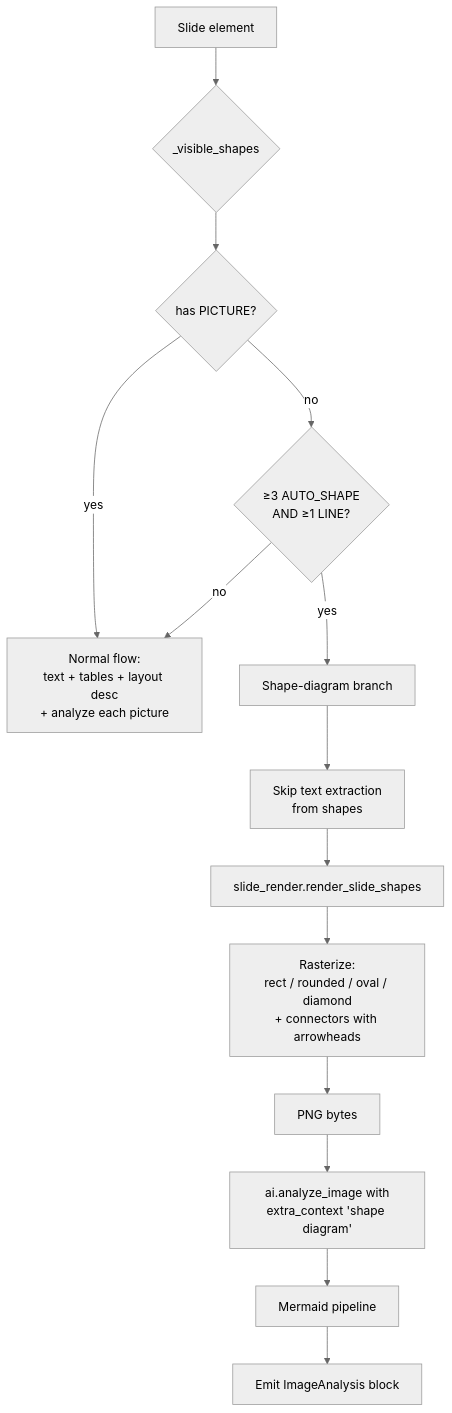
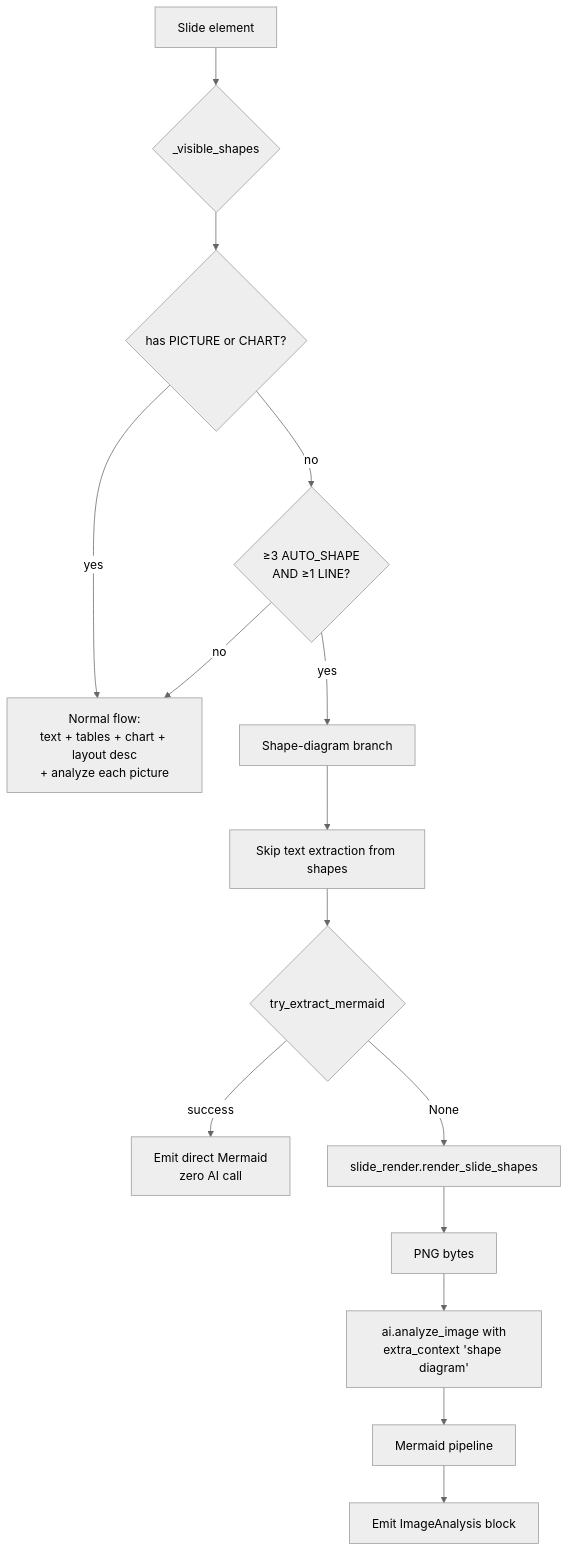
One commit to agunawijaya/AnyToMD changed the fifth of 8 diagrams in docs/ARCHITECTURE.md. Above: the diagram before and after it, drawn with Mermaid (neutral theme). The commit also changed other lines of this file and 3 other files, not shown here.

````diff
--- a/docs/ARCHITECTURE.md
+++ b/docs/ARCHITECTURE.md
@@ -194,16 +266,17 @@
 ```mermaid
 flowchart TD
     A[Slide element] --> B{_visible_shapes}
-    B --> C{has PICTURE?}
-    C -->|yes| D[Normal flow:<br/>text + tables + layout desc<br/>+ analyze each picture]
+    B --> C{has PICTURE or CHART?}
+    C -->|yes| D[Normal flow:<br/>text + tables + chart + layout desc<br/>+ analyze each picture]
     C -->|no| E{≥3 AUTO_SHAPE<br/>AND ≥1 LINE?}
     E -->|no| D
     E -->|yes| F[Shape-diagram branch]
-    F --> G[Skip text extraction<br/>from shapes]
-    G --> H[slide_render.render_slide_shapes]
-    H --> I[Rasterize:<br/>rect / rounded / oval / diamond<br/>+ connectors with arrowheads]
-    I --> J[PNG bytes]
-    J --> K[ai.analyze_image with<br/>extra_context 'shape diagram']
-    K --> L[Mermaid pipeline]
-    L --> M[Emit ImageAnalysis block]
+    F --> G[Skip text extraction from shapes]
+    G --> H{try_extract_mermaid}
+    H -->|success| I[Emit direct Mermaid<br/>zero AI call]
+    H -->|None| J[slide_render.render_slide_shapes]
+    J --> K[PNG bytes]
+    K --> L[ai.analyze_image with<br/>extra_context 'shape diagram']
+    L --> M[Mermaid pipeline]
+    M --> N[Emit ImageAnalysis block]
 ```
````
